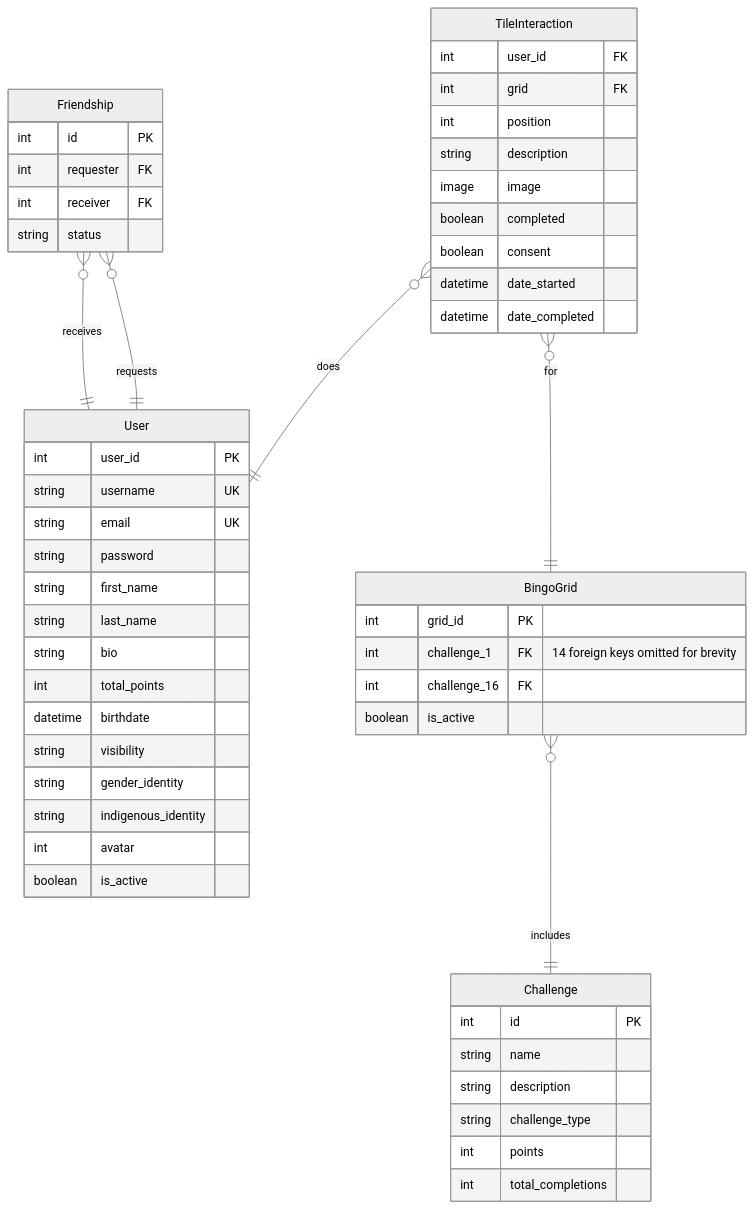
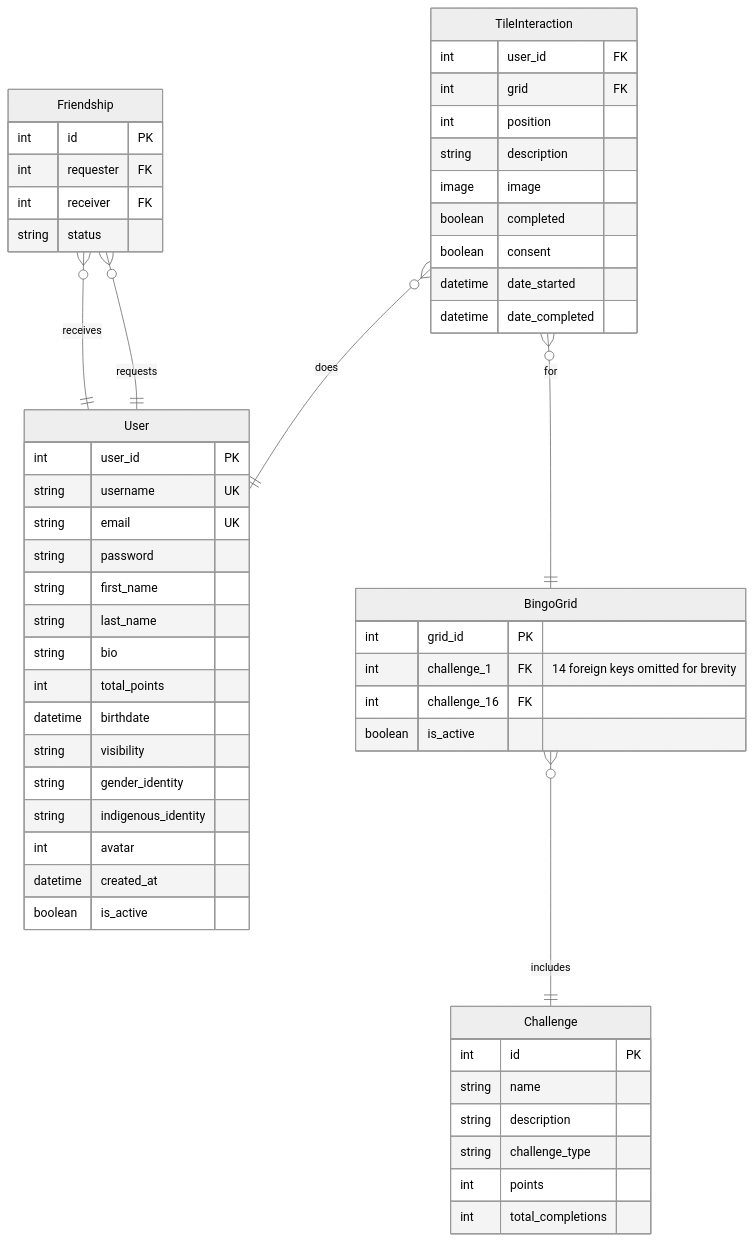
One commit to codersforcauses/bluecrew changed the diagram in documentation/docs/developer.md. Above: the diagram before and after it, drawn with Mermaid (neutral theme). The commit also changed other lines of this file, not shown here.

````diff
--- a/documentation/docs/developer.md
+++ b/documentation/docs/developer.md
@@ -43,61 +146,62 @@
 ```mermaid
 erDiagram
     User {
         int user_id PK
         string username UK
         string email UK
         string password
         string first_name
         string last_name
         string bio
         int total_points
         datetime birthdate
         string visibility
         string gender_identity
         string indigenous_identity
         int avatar
+        datetime created_at
         boolean is_active
     }
 
     Challenge {
         int id PK
         string name
         string description
         string challenge_type
         int points
         int total_completions
     }
 
     Friendship {
         int id PK
         int requester FK
         int receiver FK
         string status
     }
 
     BingoGrid {
         int grid_id PK
         int challenge_1 FK "14 foreign keys omitted for brevity"
         int challenge_16 FK
         boolean is_active
     }
 
     TileInteraction {
         int user_id FK
         int grid FK
         int position
         string description
         image image
         boolean completed
         boolean consent
         datetime date_started
         datetime date_completed
     }
 
     TileInteraction }o--|| User : "does"
     TileInteraction }o--|| BingoGrid : "for"
     BingoGrid }o--|| Challenge  : "includes"
     Friendship }o--|| User   : "receives"
     Friendship }o--|| User   : "requests"
 
 ```
````
